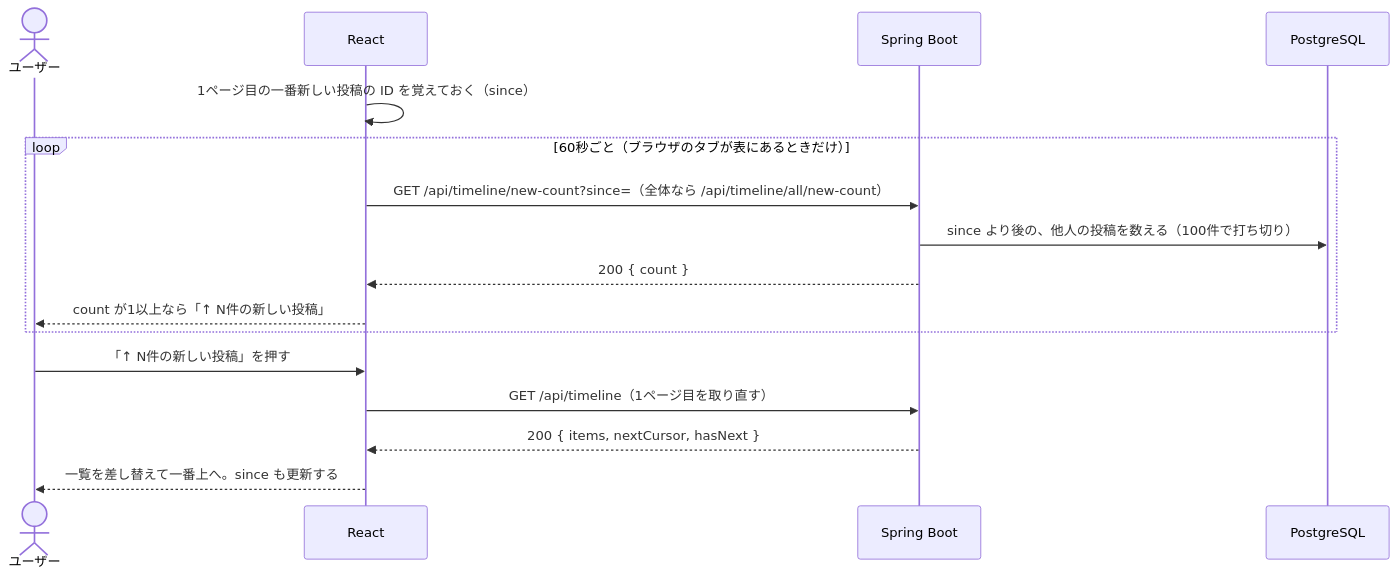
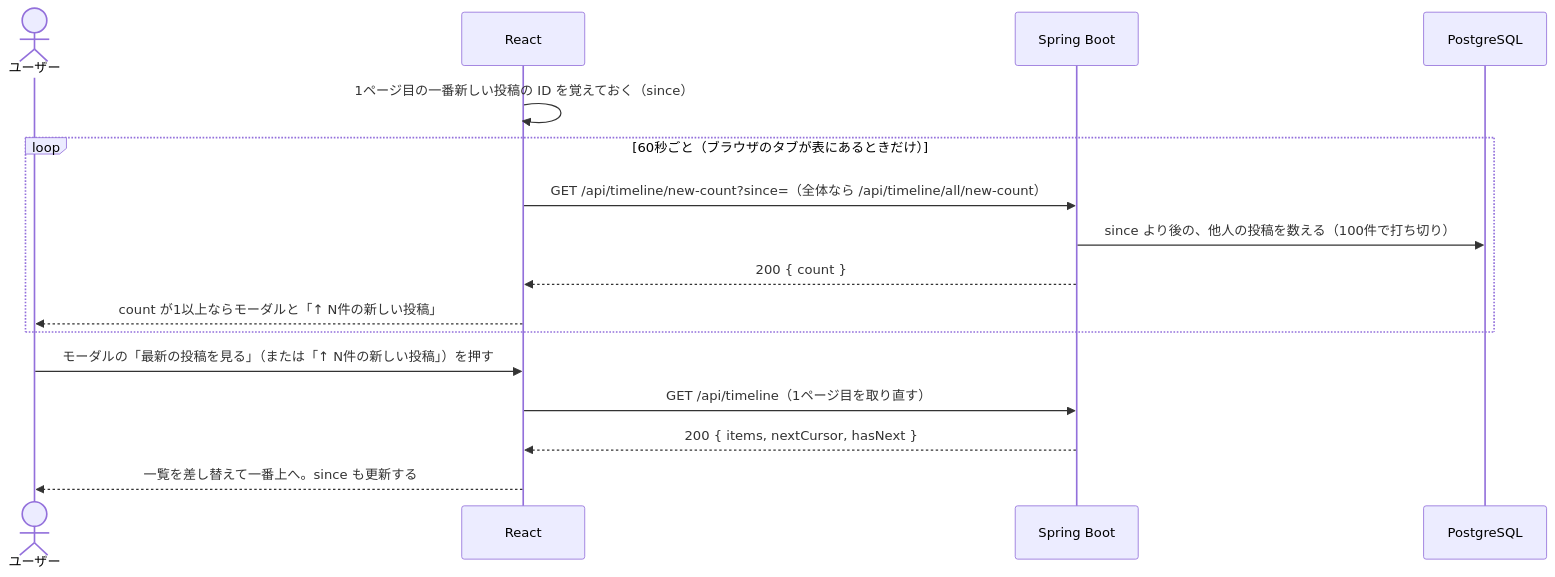
Before and after one commit to okky0908-prog/sns-app: the second of 2 diagrams in docs/feature-specs/03_timeline.md, drawn with Mermaid. The commit also changed other lines of this file and 7 other files, not shown here.

````diff
--- a/docs/feature-specs/03_timeline.md
+++ b/docs/feature-specs/03_timeline.md
@@ -91,19 +93,19 @@
 ```mermaid
 sequenceDiagram
     actor U as ユーザー
     participant R as React
     participant S as Spring Boot
     participant DB as PostgreSQL
 
     R->>R: 1ページ目の一番新しい投稿の ID を覚えておく（since）
     loop 60秒ごと（ブラウザのタブが表にあるときだけ）
         R->>S: GET /api/timeline/new-count?since=（全体なら /api/timeline/all/new-count）
         S->>DB: since より後の、他人の投稿を数える（100件で打ち切り）
         S-->>R: 200 { count }
-        R-->>U: count が1以上なら「↑ N件の新しい投稿」
+        R-->>U: count が1以上ならモーダルと「↑ N件の新しい投稿」
     end
-    U->>R: 「↑ N件の新しい投稿」を押す
+    U->>R: モーダルの「最新の投稿を見る」（または「↑ N件の新しい投稿」）を押す
     R->>S: GET /api/timeline（1ページ目を取り直す）
     S-->>R: 200 { items, nextCursor, hasNext }
     R-->>U: 一覧を差し替えて一番上へ。since も更新する
 ```
````
